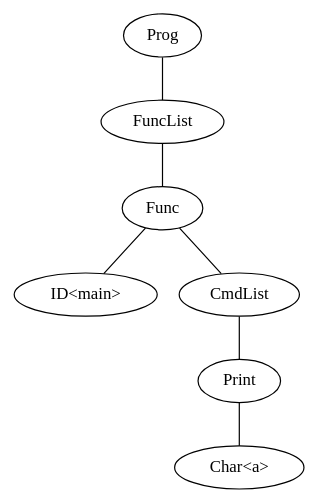
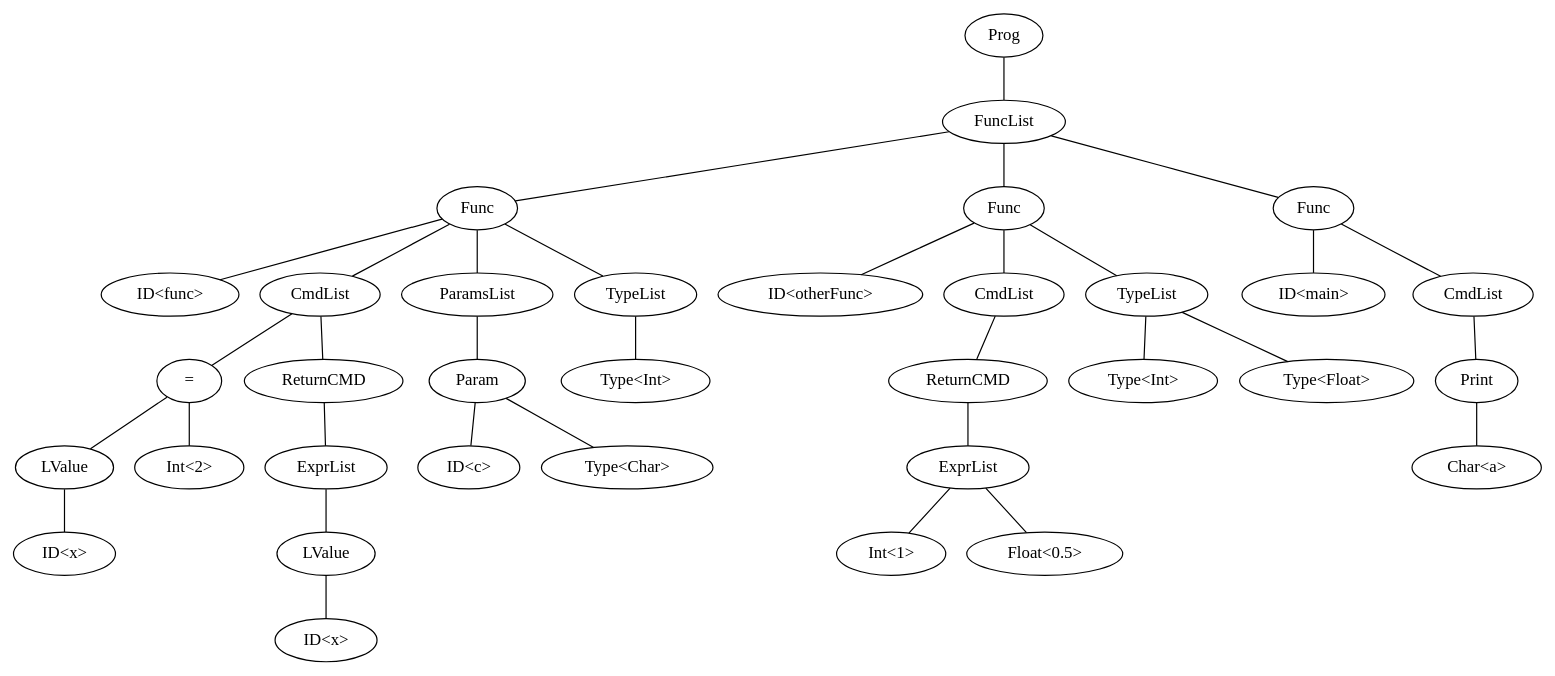
Before and after one commit to Patrick448/Trabalho-Compiladores: the diagram in ast.dot, drawn with Graphviz. The commit also changed 9 other files, not shown here.

```diff
--- a/ast.dot
+++ b/ast.dot
@@ -1,15 +1,69 @@
 graph program {
-6 [label=Prog]
-6--5
-5 [label=FuncList]
+33 [label=Prog]
+33--17
+17 [label=FuncList]
+17--16
+16 [label="Func"]
+16--15
+15 [label="ID<func>"]
+16--10
+10 [label=CmdList]
+10--9
+9 [label= "="]
+9--7
+7 [label="LValue"]
+7--6
+6 [label="ID<x>"]
+9--8
+8 [label="Int<2>"]
+10--14
+14 [label="ReturnCMD"]
+14--13
+13 [label=ExprList]
+13--12
+12 [label="LValue"]
+12--11
+11 [label="ID<x>"]
+16--3
+3 [label="ParamsList"]
+3--2
+2 [label="Param"]
+2--1
+1 [label="ID<c>"]
+2--0
+0 [label="Type<Char>"]
+16--5
+5 [label="TypeList"]
 5--4
-4 [label="Func"]
-4--3
-3 [label="ID<main>"]
-4--2
-2 [label=CmdList]
-2--1
-1 [label="Print"]
-1--0
-0 [label="Char<a>"]
+4 [label="Type<Int>"]
+17--27
+27 [label="Func"]
+27--26
+26 [label="ID<otherFunc>"]
+27--25
+25 [label=CmdList]
+25--24
+24 [label="ReturnCMD"]
+24--22
+22 [label=ExprList]
+22--21
+21 [label="Int<1>"]
+22--23
+23 [label="Float<0.5>"]
+27--19
+19 [label="TypeList"]
+19--18
+18 [label="Type<Int>"]
+19--20
+20 [label="Type<Float>"]
+17--32
+32 [label="Func"]
+32--31
+31 [label="ID<main>"]
+32--30
+30 [label=CmdList]
+30--29
+29 [label="Print"]
+29--28
+28 [label="Char<a>"]
 }
```
